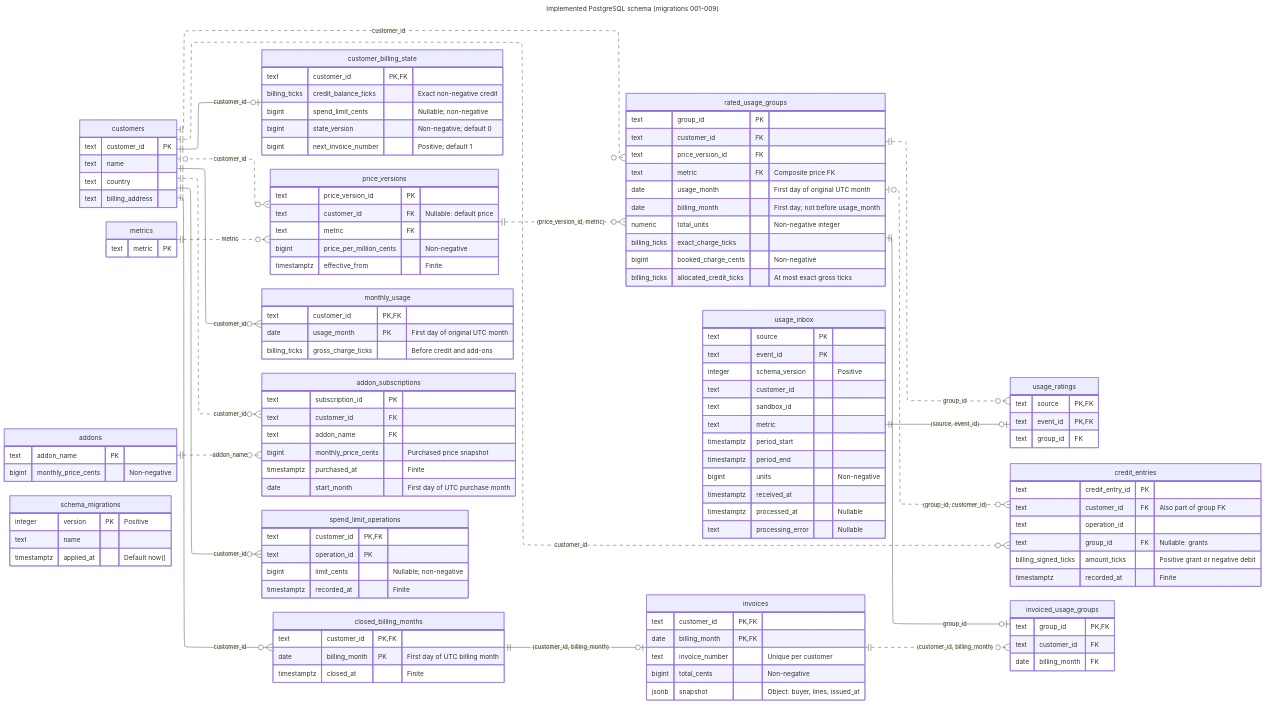
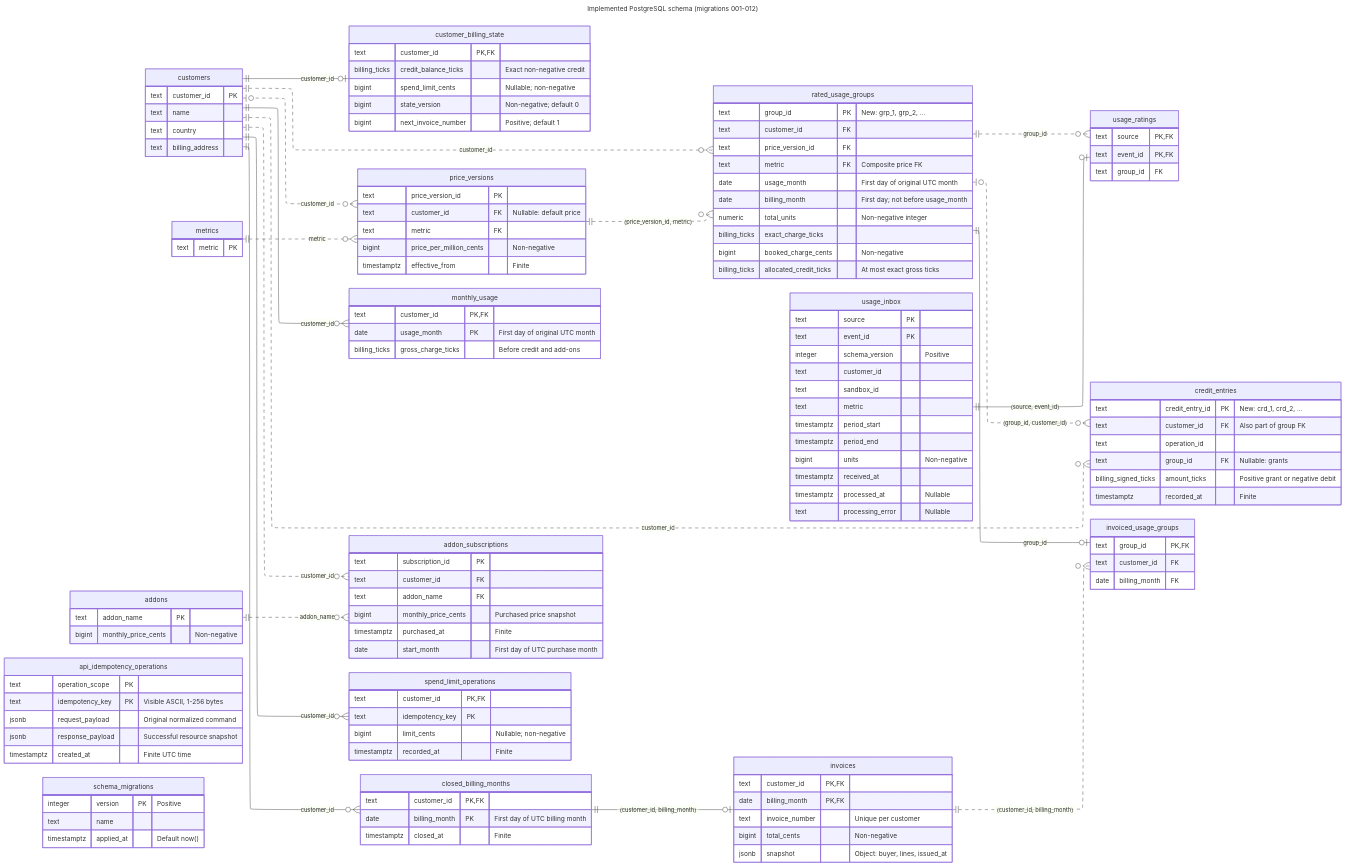
Before and after one commit to pupitooo/e2b-billing-api: the diagram in docs/diagrams/implemented-data-model/implemented-data-model.mmd, drawn with Mermaid. The commit also changed 73 other files, not shown here.

First line of the commit message:
Refine billing identities and durable JSON command retries (#65)

```diff
--- a/docs/diagrams/implemented-data-model/implemented-data-model.mmd
+++ b/docs/diagrams/implemented-data-model/implemented-data-model.mmd
@@ -1,156 +1,169 @@
 ---
-title: Implemented PostgreSQL schema (migrations 001-009)
+title: Implemented PostgreSQL schema (migrations 001-012)
 config:
   layout: elk
 ---
 erDiagram
     direction LR
 
     customers ||--o| customer_billing_state : customer_id
     customers |o..o{ price_versions : customer_id
     metrics ||..o{ price_versions : metric
     customers ||..o{ rated_usage_groups : customer_id
     price_versions ||..o{ rated_usage_groups : "(price_version_id, metric)"
     usage_inbox ||--o| usage_ratings : "(source, event_id)"
     rated_usage_groups ||..o{ usage_ratings : group_id
     customers ||--o{ monthly_usage : customer_id
     customers ||..o{ credit_entries : customer_id
     rated_usage_groups |o..o{ credit_entries : "(group_id, customer_id)"
     customers ||..o{ addon_subscriptions : customer_id
     addons ||..o{ addon_subscriptions : addon_name
 
     customers ||--o{ spend_limit_operations : customer_id
     customers ||--o{ closed_billing_months : customer_id
     closed_billing_months ||--o| invoices : "(customer_id, billing_month)"
     invoices ||..o{ invoiced_usage_groups : "(customer_id, billing_month)"
     rated_usage_groups ||--o| invoiced_usage_groups : group_id
 
     usage_inbox {
         text source PK
         text event_id PK
         integer schema_version "Positive"
         text customer_id
         text sandbox_id
         text metric
         timestamptz period_start
         timestamptz period_end
         bigint units "Non-negative"
         timestamptz received_at
         timestamptz processed_at "Nullable"
         text processing_error "Nullable"
     }
     usage_ratings {
         text source PK,FK
         text event_id PK,FK
         text group_id FK
     }
     rated_usage_groups {
-        text group_id PK
+        text group_id PK "New: grp_1, grp_2, ..."
         text customer_id FK
         text price_version_id FK
         text metric FK "Composite price FK"
         date usage_month "First day of original UTC month"
         date billing_month "First day; not before usage_month"
         numeric total_units "Non-negative integer"
         billing_ticks exact_charge_ticks
         bigint booked_charge_cents "Non-negative"
         billing_ticks allocated_credit_ticks "At most exact gross ticks"
     }
     customers {
         text customer_id PK
         text name
         text country
         text billing_address
     }
     customer_billing_state {
         text customer_id PK,FK
         billing_ticks credit_balance_ticks "Exact non-negative credit"
         bigint spend_limit_cents "Nullable; non-negative"
         bigint state_version "Non-negative; default 0"
         bigint next_invoice_number "Positive; default 1"
     }
     metrics {
         text metric PK
     }
     price_versions {
         text price_version_id PK
         text customer_id FK "Nullable: default price"
         text metric FK
         bigint price_per_million_cents "Non-negative"
         timestamptz effective_from "Finite"
     }
     monthly_usage {
         text customer_id PK,FK
         date usage_month PK "First day of original UTC month"
         billing_ticks gross_charge_ticks "Before credit and add-ons"
     }
     credit_entries {
-        text credit_entry_id PK
+        text credit_entry_id PK "New: crd_1, crd_2, ..."
         text customer_id FK "Also part of group FK"
         text operation_id
         text group_id FK "Nullable: grants"
         billing_signed_ticks amount_ticks "Positive grant or negative debit"
         timestamptz recorded_at "Finite"
     }
     addons {
         text addon_name PK
         bigint monthly_price_cents "Non-negative"
     }
     addon_subscriptions {
         text subscription_id PK
         text customer_id FK
         text addon_name FK
         bigint monthly_price_cents "Purchased price snapshot"
         timestamptz purchased_at "Finite"
         date start_month "First day of UTC purchase month"
     }
     spend_limit_operations {
         text customer_id PK,FK
-        text operation_id PK
+        text idempotency_key PK
         bigint limit_cents "Nullable; non-negative"
         timestamptz recorded_at "Finite"
     }
     closed_billing_months {
         text customer_id PK,FK
         date billing_month PK "First day of UTC billing month"
         timestamptz closed_at "Finite"
     }
     invoices {
         text customer_id PK,FK
         date billing_month PK,FK
         text invoice_number "Unique per customer"
         bigint total_cents "Non-negative"
         jsonb snapshot "Object: buyer, lines, issued_at"
     }
     invoiced_usage_groups {
         text group_id PK,FK
         text customer_id FK
         date billing_month FK
     }
+    api_idempotency_operations {
+        text operation_scope PK
+        text idempotency_key PK "Visible ASCII, 1-256 bytes"
+        jsonb request_payload "Original normalized command"
+        jsonb response_payload "Successful resource snapshot"
+        timestamptz created_at "Finite UTC time"
+    }
     schema_migrations {
         integer version PK "Positive"
         text name
         timestamptz applied_at "Default now()"
     }
 
-    %% This diagram covers all 16 tables after migrate.sql and migrations 001-009.
+    %% This diagram covers all 17 tables after migrate.sql and migrations 001-012.
     %% All columns are NOT NULL unless explicitly labeled Nullable.
     %% PK and FK markers identify membership in primary and foreign keys, including composite keys.
     %% Solid relationships include parent identity in the child's primary key; dashed ones do not.
     %% Edges show declared foreign keys only; usage_inbox has no customer or metric FK.
     %% billing_ticks is numeric constrained to non-negative finite integers; 1 cent = 1_000_000 ticks.
     %% billing_signed_ticks is numeric constrained to signed finite integers for credit history.
     %% price_versions UNIQUE NULLS NOT DISTINCT: (customer_id, metric, effective_from).
     %% price_versions UNIQUE: (price_version_id, metric).
     %% rated_usage_groups UNIQUE: (customer_id, price_version_id, usage_month, billing_month).
     %% rated_usage_groups UNIQUE: (group_id, customer_id).
     %% credit_entries UNIQUE: (customer_id, operation_id).
     %% addon_subscriptions UNIQUE: (customer_id, addon_name).
     %% invoices UNIQUE: (customer_id, invoice_number).
     %% price_versions, usage_ratings, and credit_entries reject updates and deletes through triggers.
     %% Closed months, spend-limit operations, invoices and invoiced groups reject updates and deletes.
     %% Triggers also preserve group identity and validate receipt customer, metric, and UTC month.
     %% A group referenced by invoiced_usage_groups rejects updates and deletes.
     %% InvoiceLine values are stored in invoices.snapshot.lines; there is no invoice_lines table.
     %% No extra FK matches invoiced_usage_groups customer/month to the group's customer/month.
     %% Those ownership checks belong to the closing transaction; edges show only declared FKs.
+
+    %% api_idempotency_operations has no resource FK: the immutable result is a JSON snapshot.
+    %% Scoped operation history rejects updates and deletes; financial effects and results commit together.
+
+    %% Migration 012 adds owned, noncycling bigint sequences for new group and credit IDs.
+    %% Existing IDs and references remain intact; rollback can leave sequence gaps.
```
